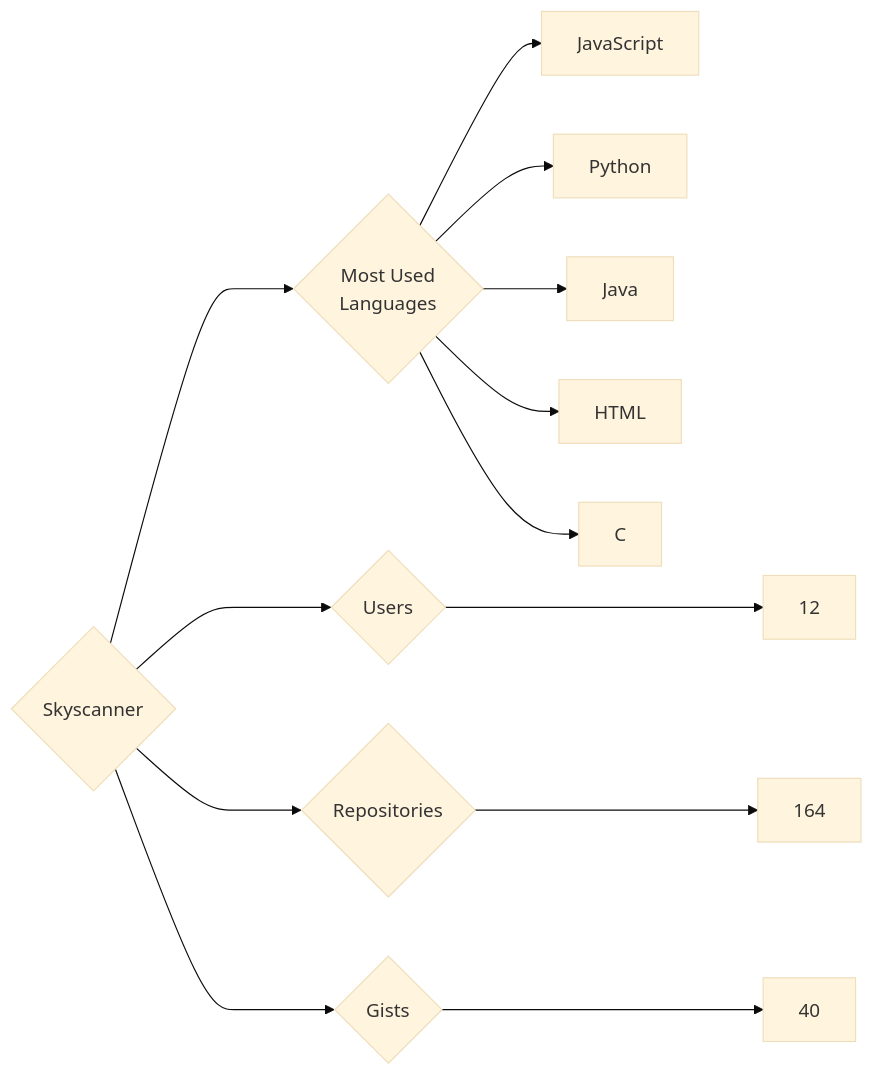
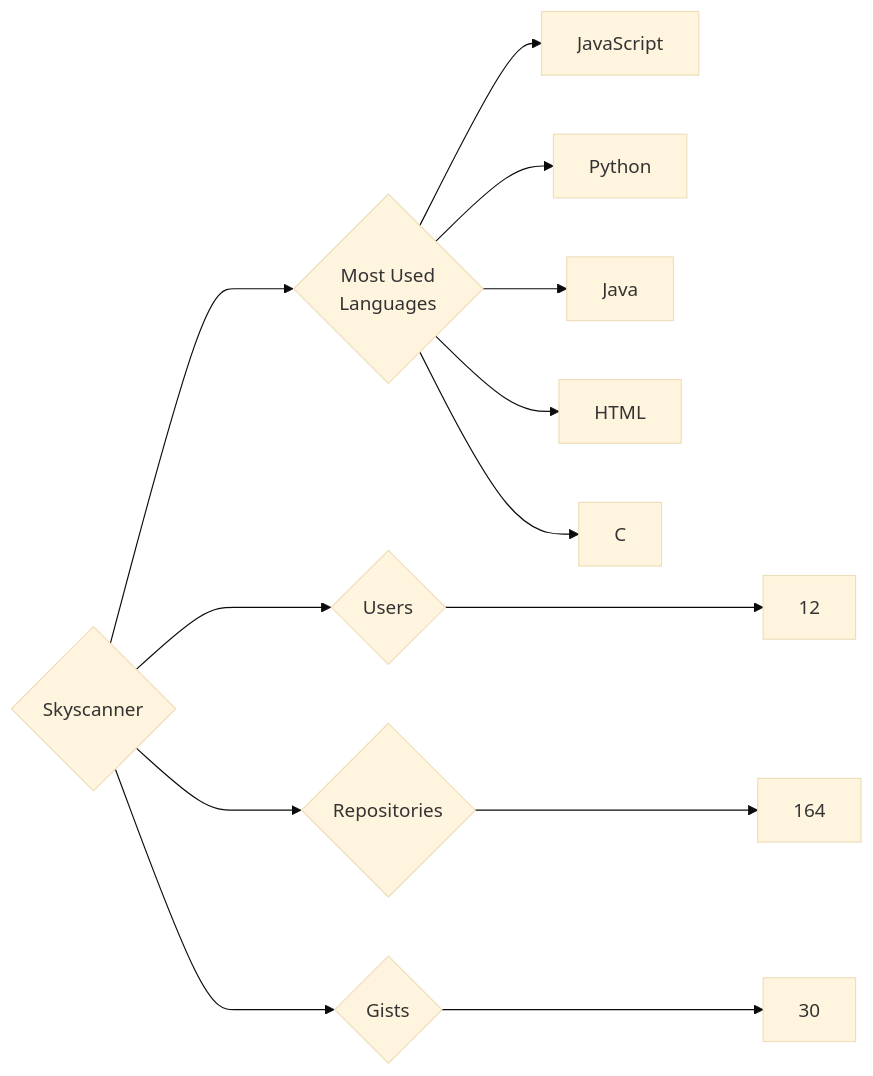
One commit to trickest/insiders changed the diagram in targets/Skyscanner/README.md. Above: the diagram before and after it, drawn with Mermaid (base theme). The commit also changed 833 other files, not shown here.

````diff
--- a/targets/Skyscanner/README.md
+++ b/targets/Skyscanner/README.md
@@ -3,13 +3,13 @@
 ```mermaid
 graph LR
 COMPANY_NAME{Skyscanner}
 COMPANY_NAME ---> U{Users} ---> UN[12]
 COMPANY_NAME ---> R{Repositories} ---> RN[164]
-COMPANY_NAME ---> G{Gists} ---> GN[40]
+COMPANY_NAME ---> G{Gists} ---> GN[30]
 COMPANY_NAME ---> ML{Most Used<br>Languages}
 ML --> JavaScript[JavaScript]
 ML --> Python[Python]
 ML --> Java[Java]
 ML --> HTML[HTML]
 ML --> C[C]
 ```
````
